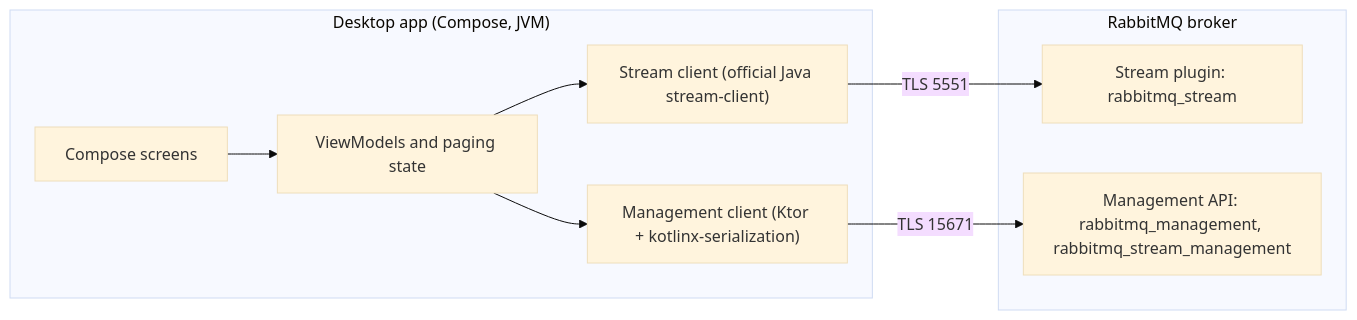
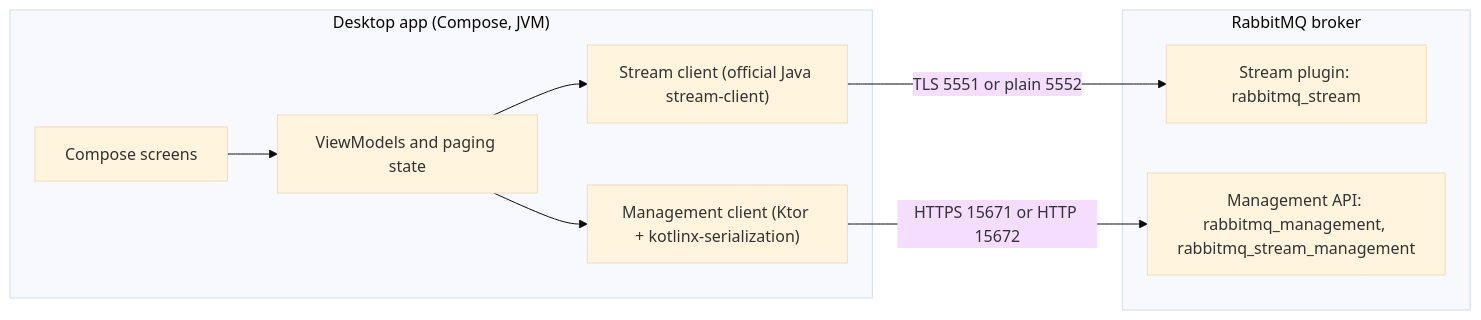
One commit to dNaszta/Caerbannog changed the diagram in docs/spec.md. Above: the diagram before and after it, drawn with Mermaid (base theme). The commit also changed other lines of this file and 3 other files, not shown here.

````diff
--- a/docs/spec.md
+++ b/docs/spec.md
@@ -33,14 +33,14 @@
 ```mermaid
 flowchart LR
   subgraph App["Desktop app (Compose, JVM)"]
     UI["Compose screens"] --> VM["ViewModels and paging state"]
     VM --> SC["Stream client (official Java stream-client)"]
     VM --> MC["Management client (Ktor + kotlinx-serialization)"]
   end
   subgraph Broker["RabbitMQ broker"]
     SP["Stream plugin: rabbitmq_stream"]
     MP["Management API: rabbitmq_management, rabbitmq_stream_management"]
   end
-  SC -- "TLS 5551" --> SP
-  MC -- "TLS 15671" --> MP
+  SC -- "TLS 5551 or plain 5552" --> SP
+  MC -- "HTTPS 15671 or HTTP 15672" --> MP
 ```
````
